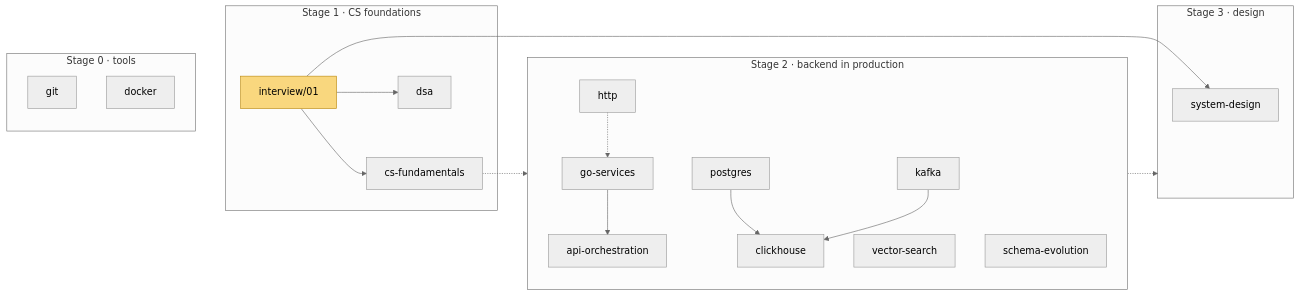
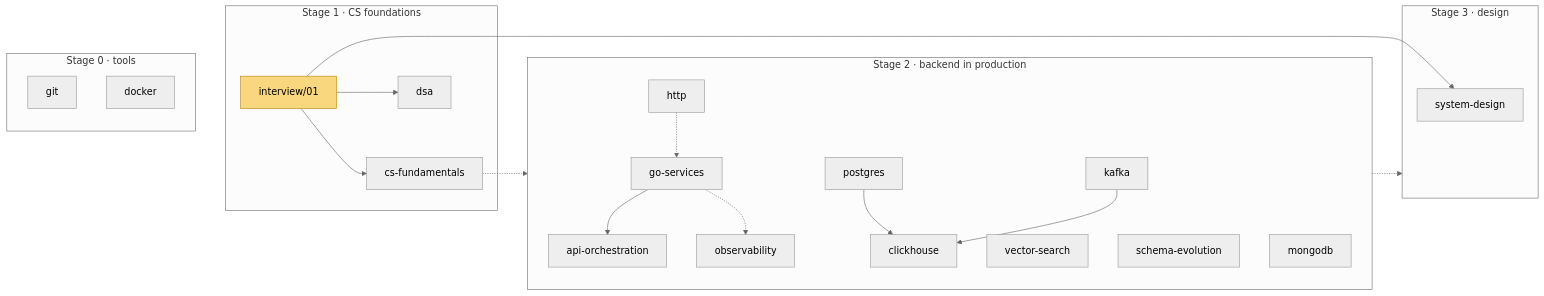
The first of 3 diagrams in README.md (Beasr1/til), drawn with Mermaid (neutral theme) before and after one commit. The commit also changed other lines of this file and 2 other files, not shown here.

Commit message:
docs: roadmap adds frontend, mongodb and observability; blog topics and backlog

````diff
--- a/README.md
+++ b/README.md
@@ -55,35 +56,37 @@
 ```mermaid
 flowchart LR
     subgraph S0["Stage 0 · tools"]
         git[git]
         docker[docker]
     end
 
     subgraph S1["Stage 1 · CS foundations"]
         iv01[interview/01]
         csf[cs-fundamentals]
         dsa[dsa]
         iv01 --> csf
         iv01 --> dsa
     end
 
     subgraph S2["Stage 2 · backend in production"]
         http[http] -.-> go[go-services]
         go --> ao[api-orchestration]
         pg[postgres] --> ch[clickhouse]
         kafka[kafka] --> ch
         vs[vector-search]
         se[schema-evolution]
+        mdb[mongodb]
+        go -.-> obs[observability]
     end
 
     subgraph S3["Stage 3 · design"]
         sd[system-design]
     end
 
     S0 ~~~ S1
     csf -.-> S2
     S2 -.-> S3
     iv01 --> sd
 
     style iv01 fill:#f9d77e,stroke:#b8860b,color:#000
 ```
````
